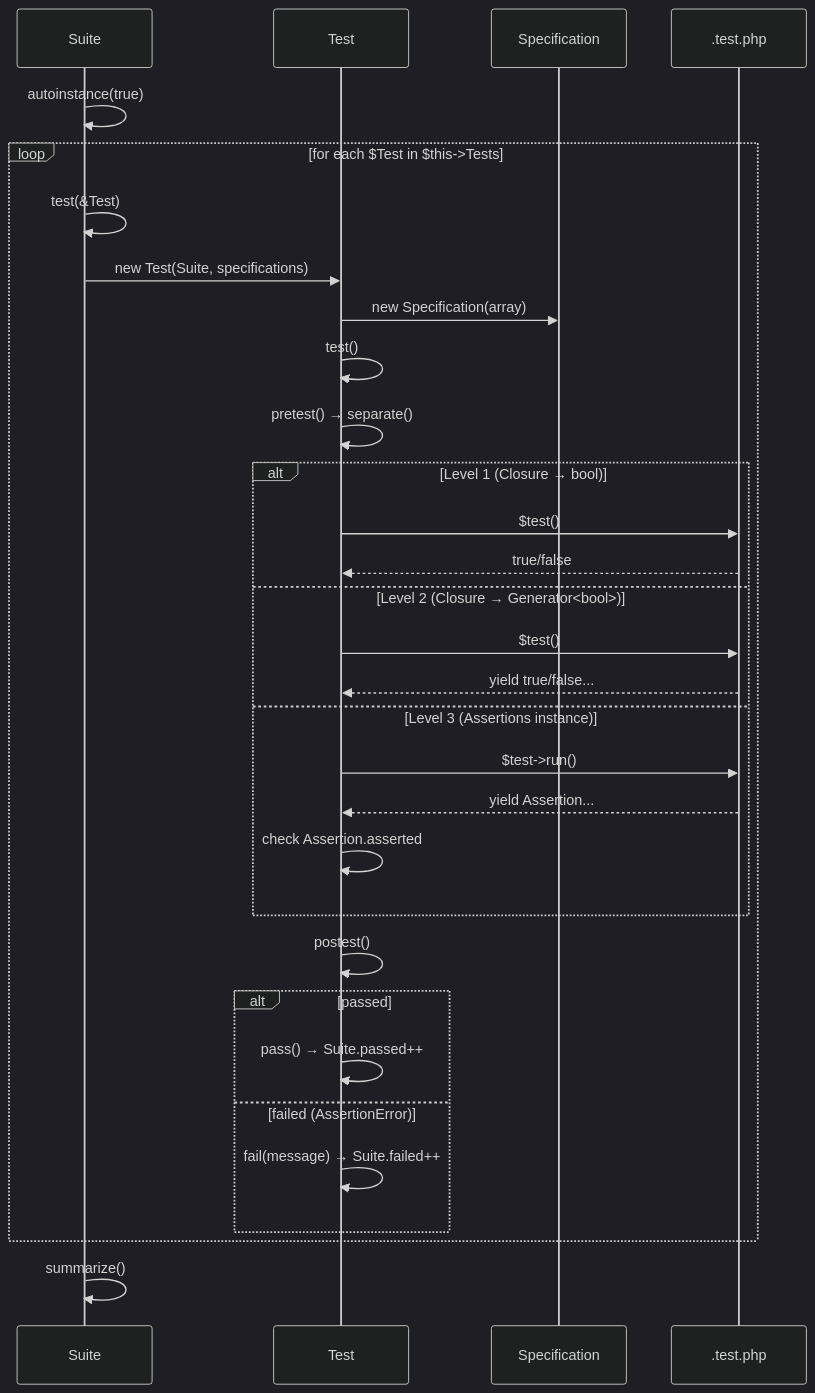
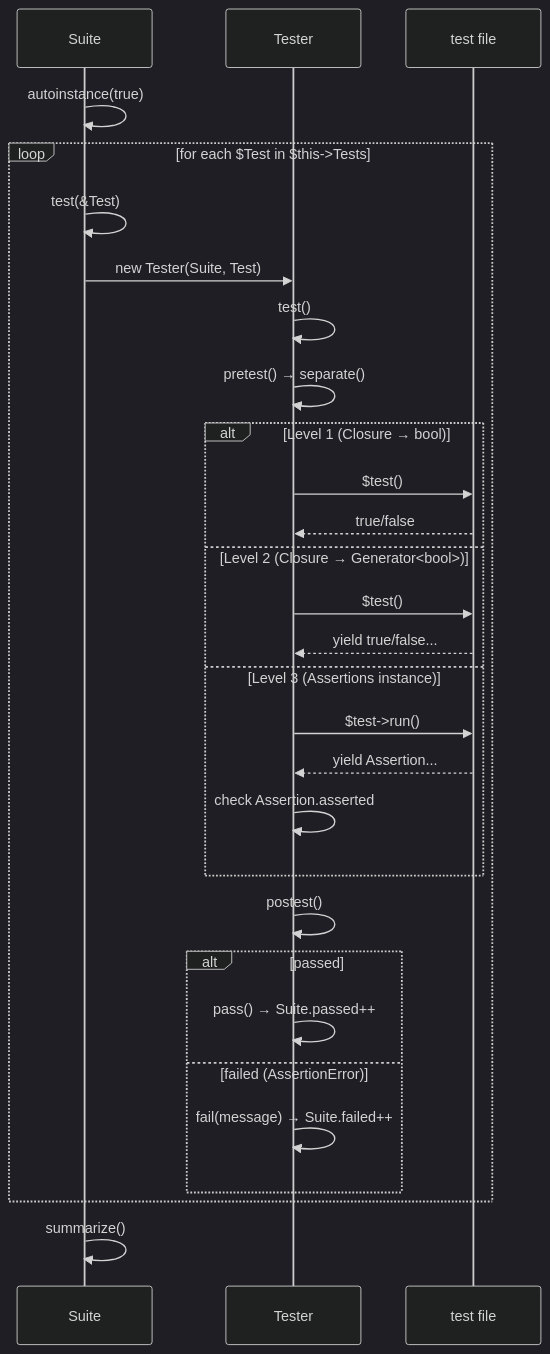
The third of 6 diagrams in Bootgly/ACI/Tests/ARCHITECTURE.md (bootgly/bootgly), drawn with Mermaid (dark theme) before and after one commit. The commit also changed other lines of this file and 2949 other files, not shown here.

````diff
--- a/Bootgly/ACI/Tests/ARCHITECTURE.md
+++ b/Bootgly/ACI/Tests/ARCHITECTURE.md
@@ -523,40 +522,38 @@
 ```mermaid
 sequenceDiagram
     participant Suite as Suite
-    participant Test as Test
-    participant Spec as Specification
-    participant TestFile as .test.php
+    participant Tester as Tester
+    participant TestFile as test file
 
     Suite->>Suite: autoinstance(true)
 
     loop for each $Test in $this->Tests
         Suite->>Suite: test(&Test)
-        Suite->>Test: new Test(Suite, specifications)
-        Test->>Spec: new Specification(array)
+        Suite->>Tester: new Tester(Suite, Test)
 
-        Test->>Test: test()
-        Test->>Test: pretest() → separate()
+        Tester->>Tester: test()
+        Tester->>Tester: pretest() → separate()
 
         alt Level 1 (Closure → bool)
-            Test->>TestFile: $test()
-            TestFile-->>Test: true/false
+            Tester->>TestFile: $test()
+            TestFile-->>Tester: true/false
         else Level 2 (Closure → Generator<bool>)
-            Test->>TestFile: $test()
-            TestFile-->>Test: yield true/false...
+            Tester->>TestFile: $test()
+            TestFile-->>Tester: yield true/false...
         else Level 3 (Assertions instance)
-            Test->>TestFile: $test->run()
-            TestFile-->>Test: yield Assertion...
-            Test->>Test: check Assertion.asserted
+            Tester->>TestFile: $test->run()
+            TestFile-->>Tester: yield Assertion...
+            Tester->>Tester: check Assertion.asserted
         end
 
-        Test->>Test: postest()
+        Tester->>Tester: postest()
 
         alt passed
-            Test->>Test: pass() → Suite.passed++
+            Tester->>Tester: pass() → Suite.passed++
         else failed (AssertionError)
-            Test->>Test: fail(message) → Suite.failed++
+            Tester->>Tester: fail(message) → Suite.failed++
         end
     end
 
     Suite->>Suite: summarize()
 ```
````
